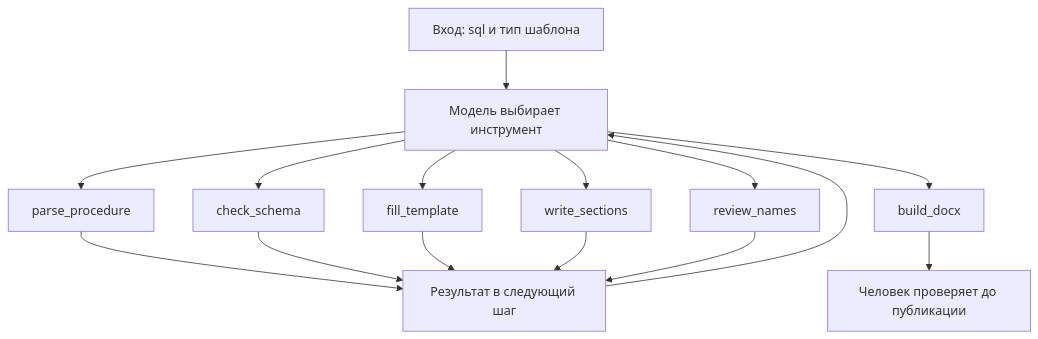
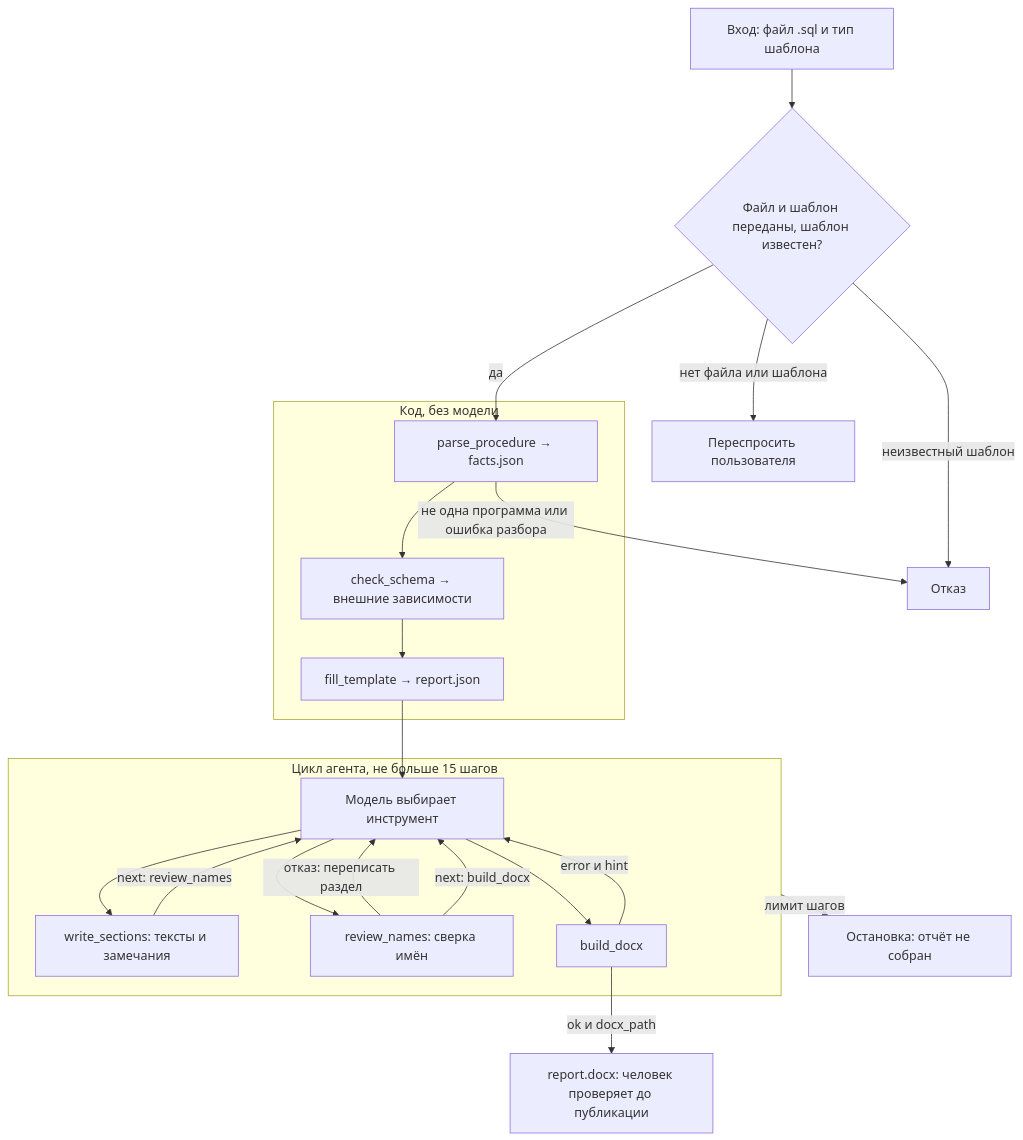
The diagram in projects/c1-plpgsql-docs/README.md (gudkxv/ai_miit), drawn with Mermaid before and after one commit. The commit also changed other lines of this file, not shown here.

````diff
--- a/projects/c1-plpgsql-docs/README.md
+++ b/projects/c1-plpgsql-docs/README.md
@@ -79,17 +72,34 @@
 ```mermaid
 flowchart TD
-  user["Вход: sql и тип шаблона"] --> agent["Модель выбирает инструмент"]
-  agent --> parse["parse_procedure"]
-  agent --> schemaCheck["check_schema"]
-  agent --> fill["fill_template"]
-  agent --> write["write_sections"]
-  agent --> review["review_names"]
-  agent --> docx["build_docx"]
-  parse --> back["Результат в следующий шаг"]
-  schemaCheck --> back
-  fill --> back
-  write --> back
-  review --> back
-  back --> agent
-  docx --> human["Человек проверяет до публикации"]
+  input["Вход: файл .sql и тип шаблона"] --> gate{"Файл и шаблон переданы, шаблон известен?"}
+  gate -->|"нет файла или шаблона"| ask["Переспросить пользователя"]
+  gate -->|"неизвестный шаблон"| refuse["Отказ"]
+  gate -->|"да"| parse
+
+  subgraph code ["Код, без модели"]
+    parse["parse_procedure → facts.json"]
+    schema["check_schema → внешние зависимости"]
+    fill["fill_template → report.json"]
+    parse --> schema --> fill
+  end
+
+  parse -->|"не одна программа или ошибка разбора"| refuse
+  fill --> agent
+
+  subgraph loop ["Цикл агента, не больше 15 шагов"]
+    agent["Модель выбирает инструмент"]
+    write["write_sections: тексты и замечания"]
+    review["review_names: сверка имён"]
+    build["build_docx"]
+    agent --> write
+    agent --> review
+    agent --> build
+    write -->|"next: review_names"| agent
+    review -->|"отказ: переписать раздел"| agent
+    review -->|"next: build_docx"| agent
+    build -->|"error и hint"| agent
+  end
+
+  build -->|"ok и docx_path"| human["report.docx: человек проверяет до публикации"]
+  loop -->|"лимит шагов"| fail["Остановка: отчёт не собран"]
 ```
````
